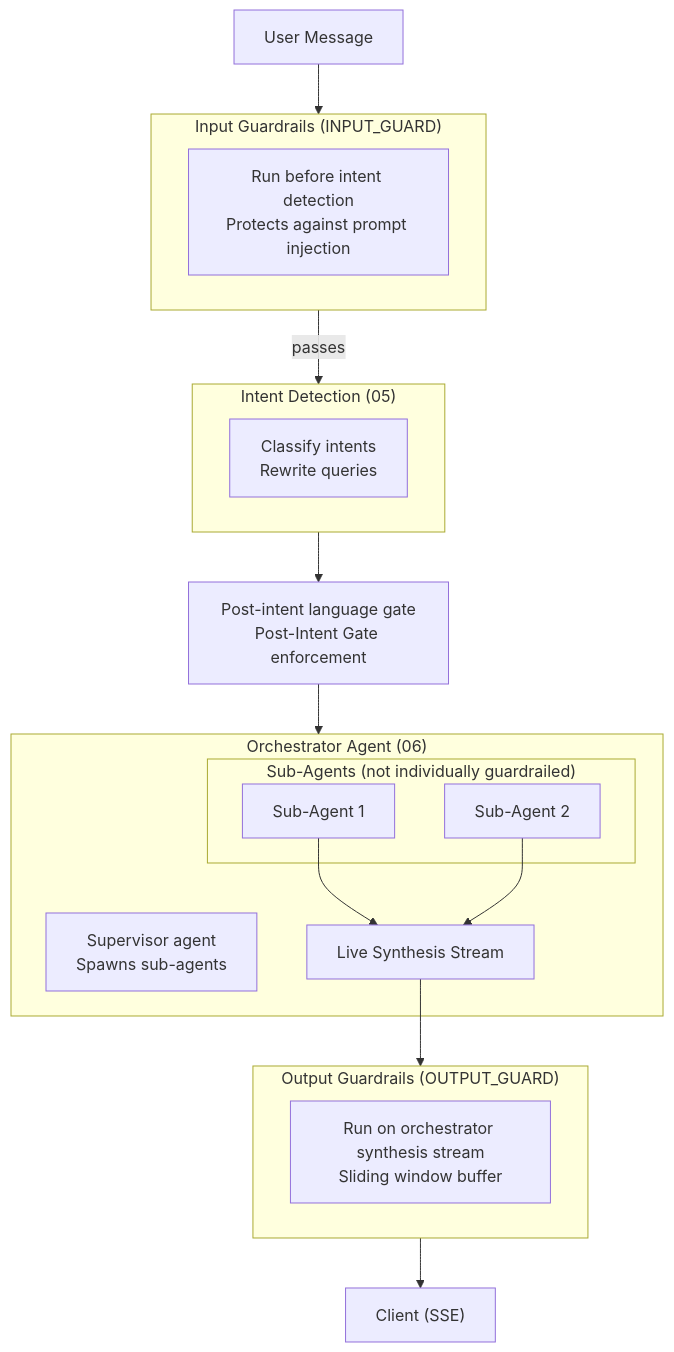
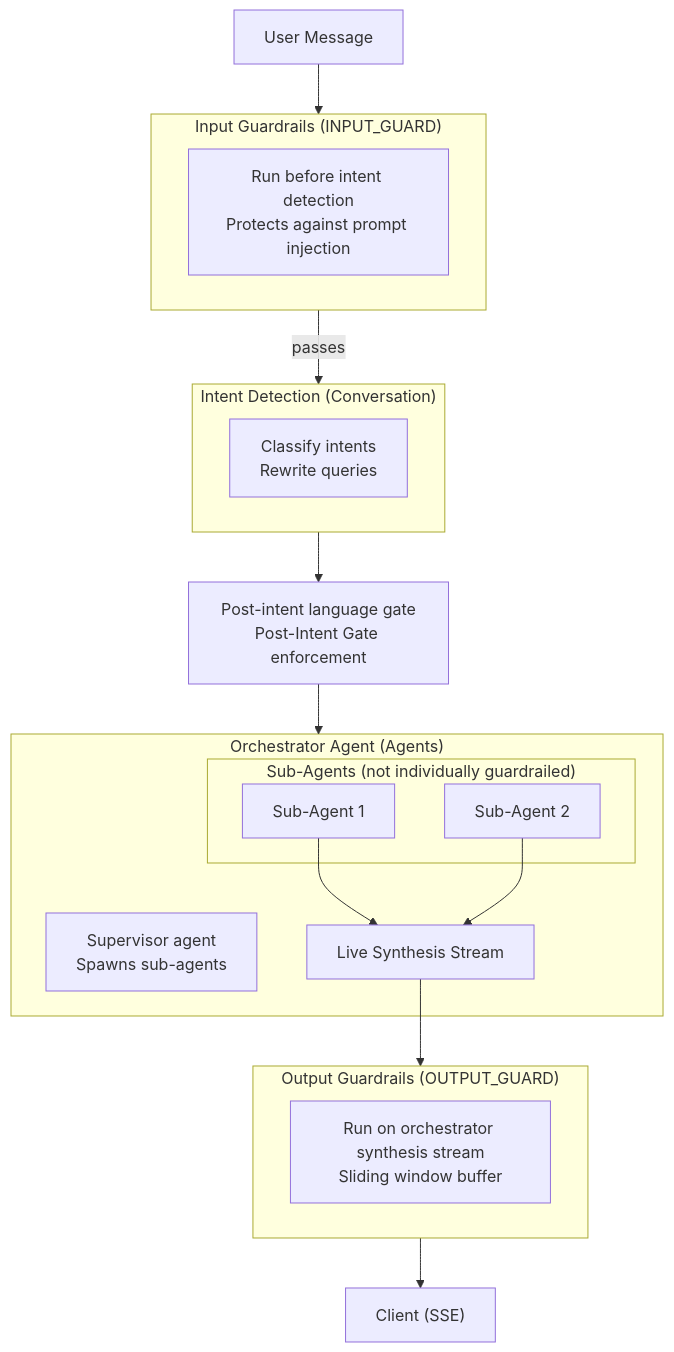
Before and after one commit to 1qh/safeagent: diagram 19 of 19 in plan/guardrails.md, drawn with Mermaid. The commit also changed 16 other files, not shown here.

````diff
--- a/plan/guardrails.md
+++ b/plan/guardrails.md
@@ -867,39 +867,39 @@
 ```mermaid
 flowchart TB
     USER_MSG["User Message"]
 
     subgraph INPUT_GUARDRAIL_LAYER["Input Guardrails (INPUT_GUARD)"]
         IG["Run before intent detection\nProtects against prompt injection"]
     end
 
-    subgraph INTENT_DETECTION["Intent Detection (05)"]
+    subgraph INTENT_DETECTION["Intent Detection (Conversation)"]
         ID["Classify intents\nRewrite queries"]
     end
 
     POST_INTENT_GATE["Post-intent language gate\nPost-Intent Gate enforcement"]
 
-    subgraph ORCHESTRATOR_AGENT["Orchestrator Agent (06)"]
+    subgraph ORCHESTRATOR_AGENT["Orchestrator Agent (Agents)"]
         ORCH_AGENT["Supervisor agent\nSpawns sub-agents"]
         
         subgraph SUB_AGENTS["Sub-Agents (not individually guardrailed)"]
             SUB_AGENT_ONE["Sub-Agent 1"]
             SUB_AGENT_TWO["Sub-Agent 2"]
         end
         
         SYNTH["Live Synthesis Stream"]
     end
 
     subgraph OUTPUT_GUARDRAIL_LAYER["Output Guardrails (OUTPUT_GUARD)"]
         OG["Run on orchestrator synthesis stream\nSliding window buffer"]
     end
 
     CLIENT["Client (SSE)"]
 
     USER_MSG --> INPUT_GUARDRAIL_LAYER
     INPUT_GUARDRAIL_LAYER -->|passes| INTENT_DETECTION
     INTENT_DETECTION --> POST_INTENT_GATE
     POST_INTENT_GATE --> ORCHESTRATOR_AGENT
     SUB_AGENT_ONE & SUB_AGENT_TWO --> SYNTH
     SYNTH --> OUTPUT_GUARDRAIL_LAYER
     OUTPUT_GUARDRAIL_LAYER --> CLIENT
 ```
````
